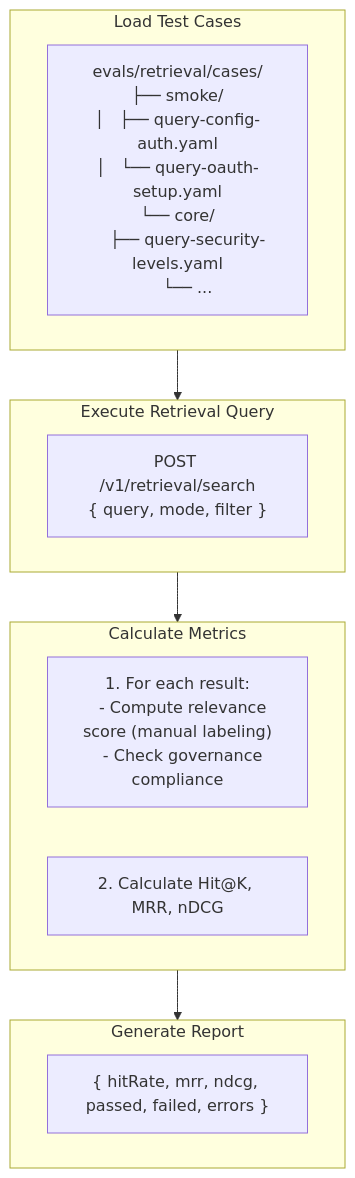
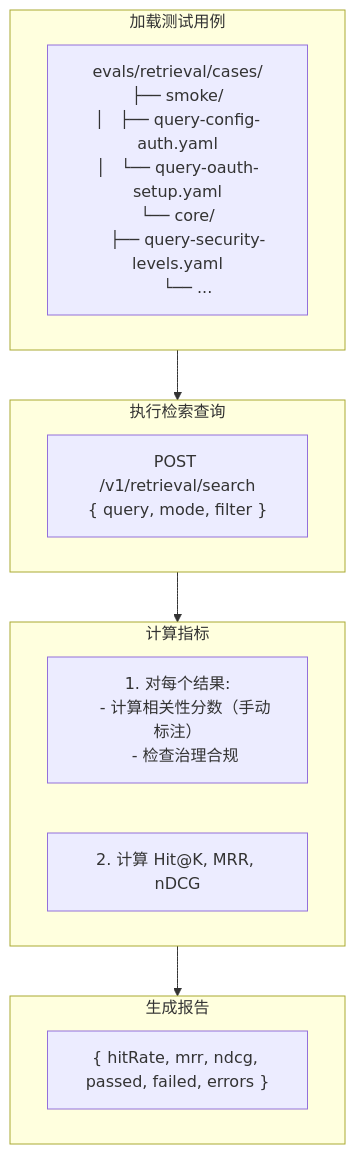
The second of 5 diagrams in docs/architecture/components/EVALUATION.md (pofossette/TrapMap-for-vibing), drawn with Mermaid before and after one commit. The commit also changed other lines of this file and 31 other files, not shown here.

````diff
--- a/docs/architecture/components/EVALUATION.md
+++ b/docs/architecture/components/EVALUATION.md
@@ -83,21 +83,21 @@
 ```mermaid
 flowchart TB
-    subgraph LoadCases["Load Test Cases"]
+    subgraph 加载测试用例["加载测试用例"]
         A["evals/retrieval/cases/\n├── smoke/\n│   ├── query-config-auth.yaml\n│   └── query-oauth-setup.yaml\n└── core/\n    ├── query-security-levels.yaml\n    └── ..."]
     end
 
-    subgraph Execute["Execute Retrieval Query"]
+    subgraph 执行检索查询["执行检索查询"]
         B["POST /v1/retrieval/search\n{ query, mode, filter }"]
     end
 
-    subgraph Metrics["Calculate Metrics"]
-        C1["1. For each result:\n   - Compute relevance score (manual labeling)\n   - Check governance compliance"]
-        C2["2. Calculate Hit@K, MRR, nDCG"]
+    subgraph 计算指标["计算指标"]
+        C1["1. 对每个结果:\n   - 计算相关性分数（手动标注）\n   - 检查治理合规"]
+        C2["2. 计算 Hit@K, MRR, nDCG"]
     end
 
-    subgraph Report["Generate Report"]
+    subgraph 生成报告["生成报告"]
         D["{ hitRate, mrr, ndcg, passed, failed, errors }"]
     end
 
-    LoadCases --> Execute --> Metrics --> Report
+    加载测试用例 --> 执行检索查询 --> 计算指标 --> 生成报告
 ```
````
